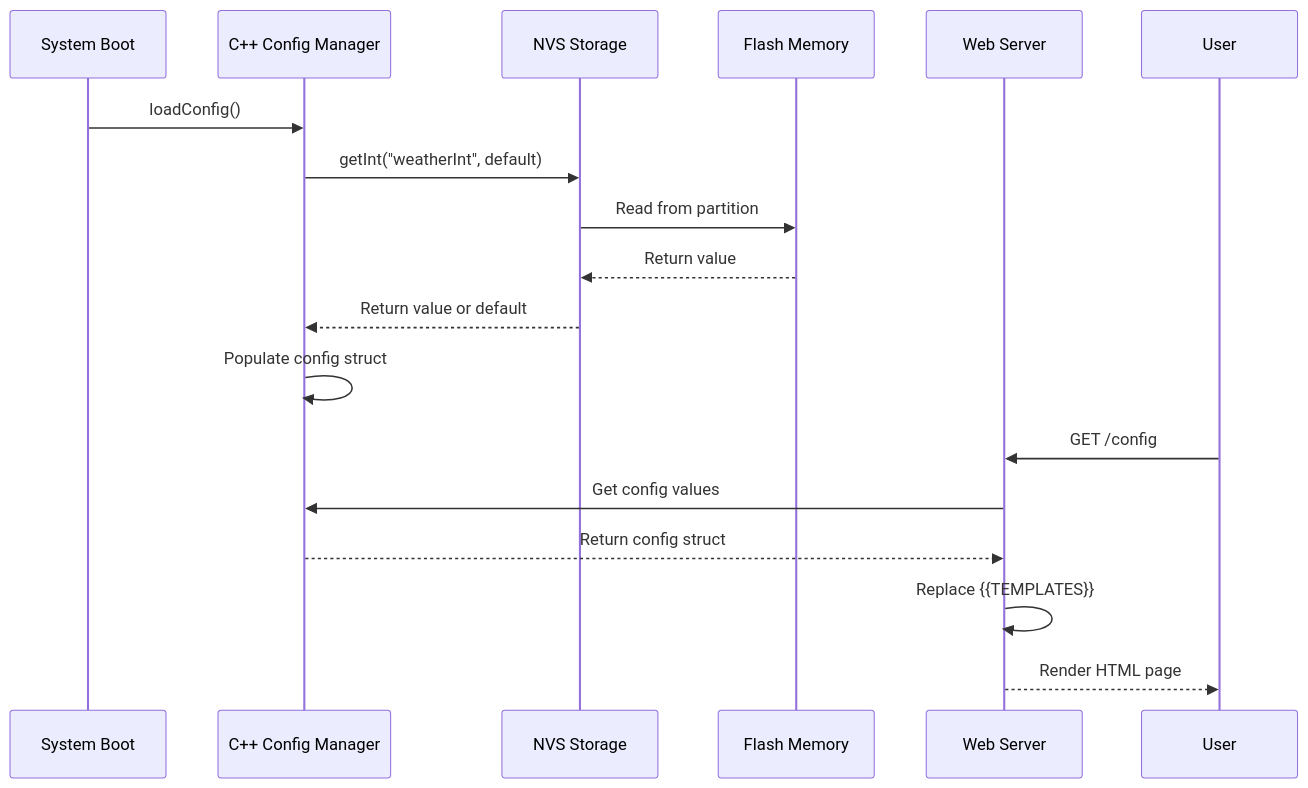
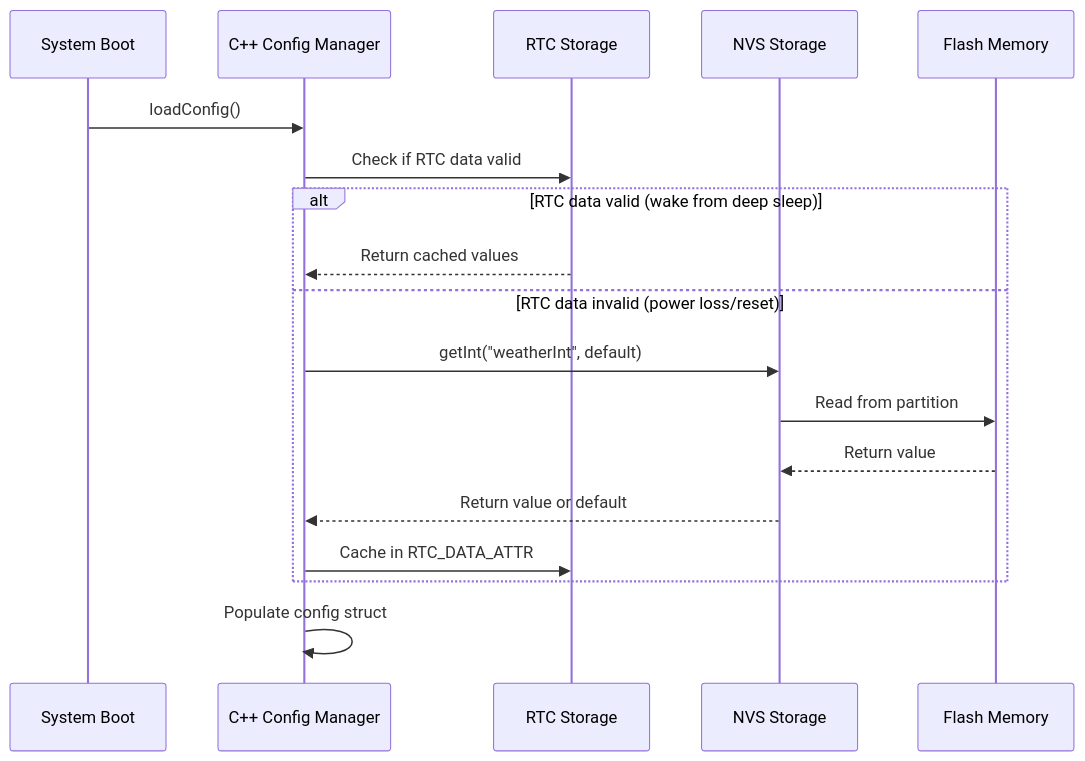
The third of 4 diagrams in docs/developer-guide/configuration-layers.md (gogo-boot/mystation), drawn with Mermaid before and after one commit. The commit also changed other lines of this file, not shown here.

````diff
--- a/docs/developer-guide/configuration-layers.md
+++ b/docs/developer-guide/configuration-layers.md
@@ -208,20 +195,20 @@
 ```mermaid
 sequenceDiagram
     participant Boot as System Boot
     participant CPP as C++ Config Manager
+    participant RTC as RTC Storage
     participant NVS as NVS Storage
     participant Flash as Flash Memory
-    participant Web as Web Server
-    participant User
     Boot ->> CPP: loadConfig()
-    CPP ->> NVS: getInt("weatherInt", default)
-    NVS ->> Flash: Read from partition
-    Flash -->> NVS: Return value
-    NVS -->> CPP: Return value or default
+    CPP ->> RTC: Check if RTC data valid
+    alt RTC data valid (wake from deep sleep)
+        RTC -->> CPP: Return cached values
+    else RTC data invalid (power loss/reset)
+        CPP ->> NVS: getInt("weatherInt", default)
+        NVS ->> Flash: Read from partition
+        Flash -->> NVS: Return value
+        NVS -->> CPP: Return value or default
+        CPP ->> RTC: Cache in RTC_DATA_ATTR
+    end
     CPP ->> CPP: Populate config struct
-    User ->> Web: GET /config
-    Web ->> CPP: Get config values
-    CPP -->> Web: Return config struct
-    Web ->> Web: Replace {{TEMPLATES}}
-    Web -->> User: Render HTML page
 ```
````
